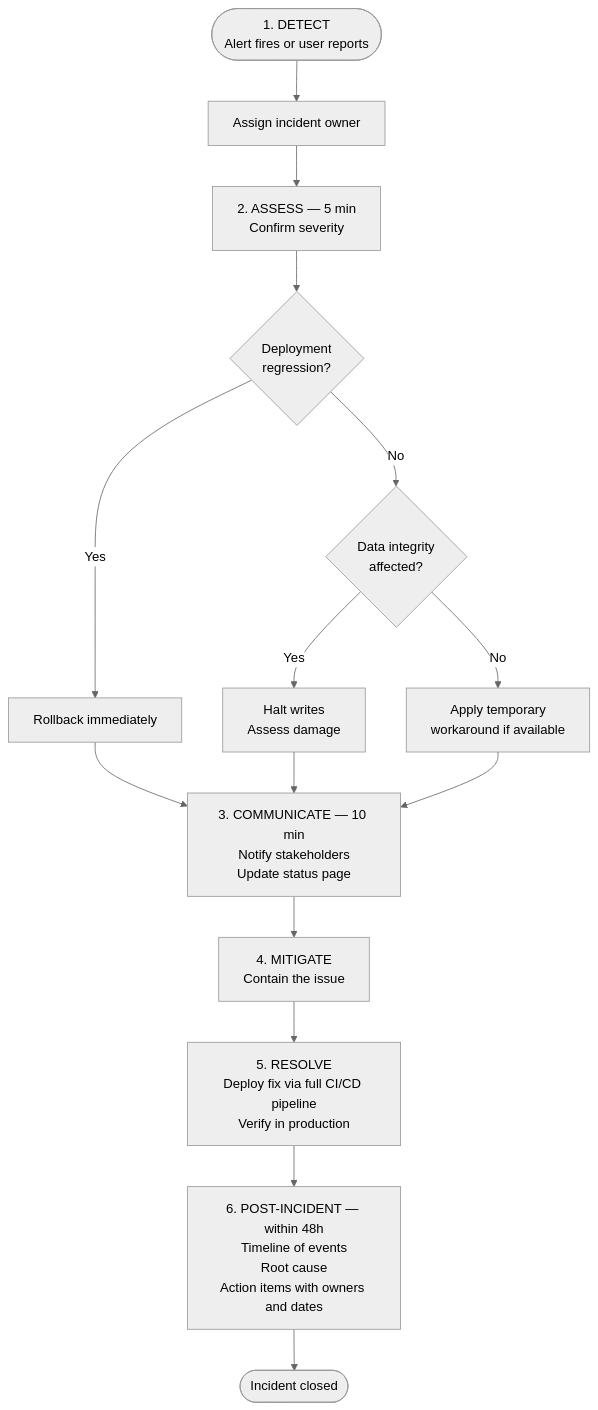
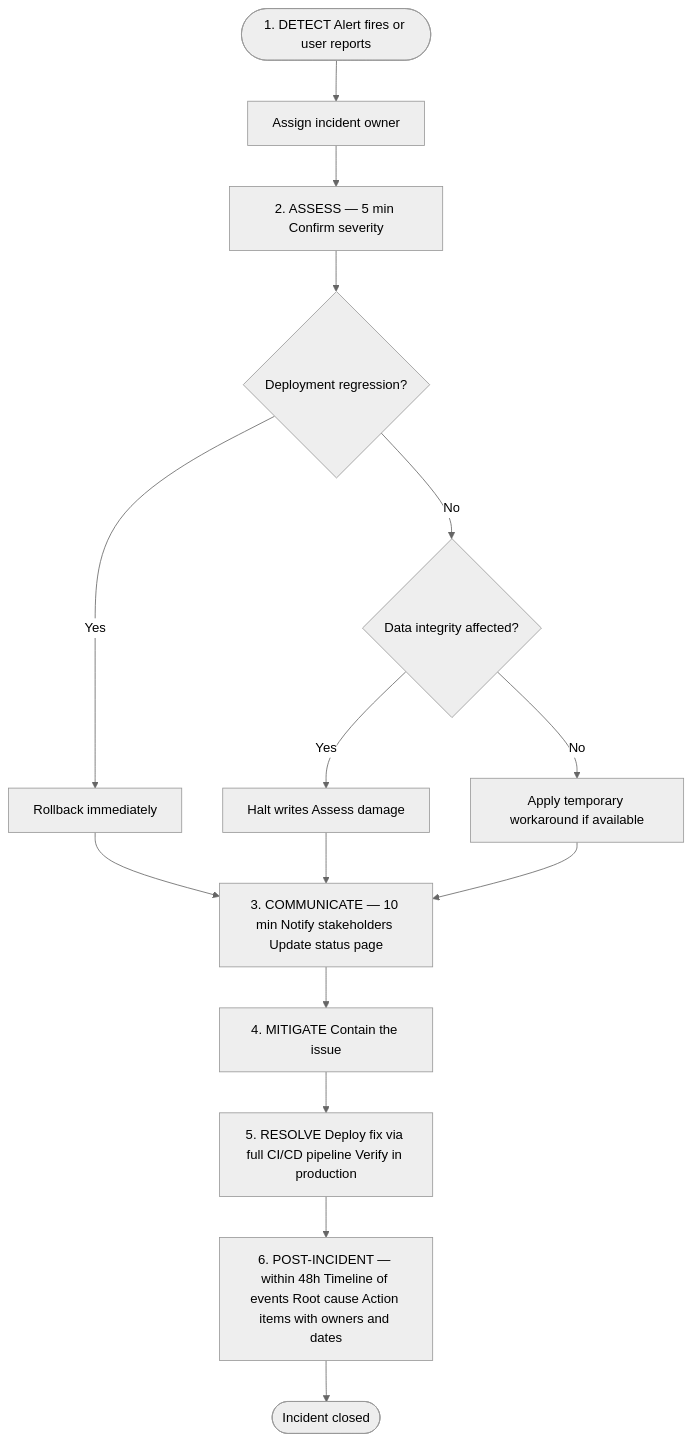
Before and after one commit to ivanyeors/product-agentic-templates: the second of 2 diagrams in .cursor/skills/06-deployment/ops-runbook.md, drawn with Mermaid (neutral theme). The commit also changed other lines of this file and 39 other files, not shown here.

````diff
--- a/.cursor/skills/06-deployment/ops-runbook.md
+++ b/.cursor/skills/06-deployment/ops-runbook.md
@@ -153,17 +153,17 @@
 ```mermaid
 flowchart TD
-    detect([1. DETECT\nAlert fires or user reports]) --> assign[Assign incident owner]
-    assign --> assess[2. ASSESS — 5 min\nConfirm severity]
-    assess --> regression{Deployment\nregression?}
+    detect([1. DETECT Alert fires or user reports]) --> assign[Assign incident owner]
+    assign --> assess[2. ASSESS — 5 min Confirm severity]
+    assess --> regression{Deployment regression?}
     regression -->|Yes| rollback[Rollback immediately]
-    regression -->|No| dataIssue{Data integrity\naffected?}
-    dataIssue -->|Yes| haltWrites[Halt writes\nAssess damage]
-    dataIssue -->|No| workaround[Apply temporary\nworkaround if available]
+    regression -->|No| dataIssue{Data integrity affected?}
+    dataIssue -->|Yes| haltWrites[Halt writes Assess damage]
+    dataIssue -->|No| workaround[Apply temporary workaround if available]
     rollback --> communicate
     haltWrites --> communicate
     workaround --> communicate
-    communicate[3. COMMUNICATE — 10 min\nNotify stakeholders\nUpdate status page] --> mitigate[4. MITIGATE\nContain the issue]
-    mitigate --> resolve[5. RESOLVE\nDeploy fix via full CI/CD pipeline\nVerify in production]
-    resolve --> postIncident[6. POST-INCIDENT — within 48h\nTimeline of events\nRoot cause\nAction items with owners and dates]
+    communicate[3. COMMUNICATE — 10 min Notify stakeholders Update status page] --> mitigate[4. MITIGATE Contain the issue]
+    mitigate --> resolve[5. RESOLVE Deploy fix via full CI/CD pipeline Verify in production]
+    resolve --> postIncident[6. POST-INCIDENT — within 48h Timeline of events Root cause Action items with owners and dates]
     postIncident --> done([Incident closed])
 ```
````
